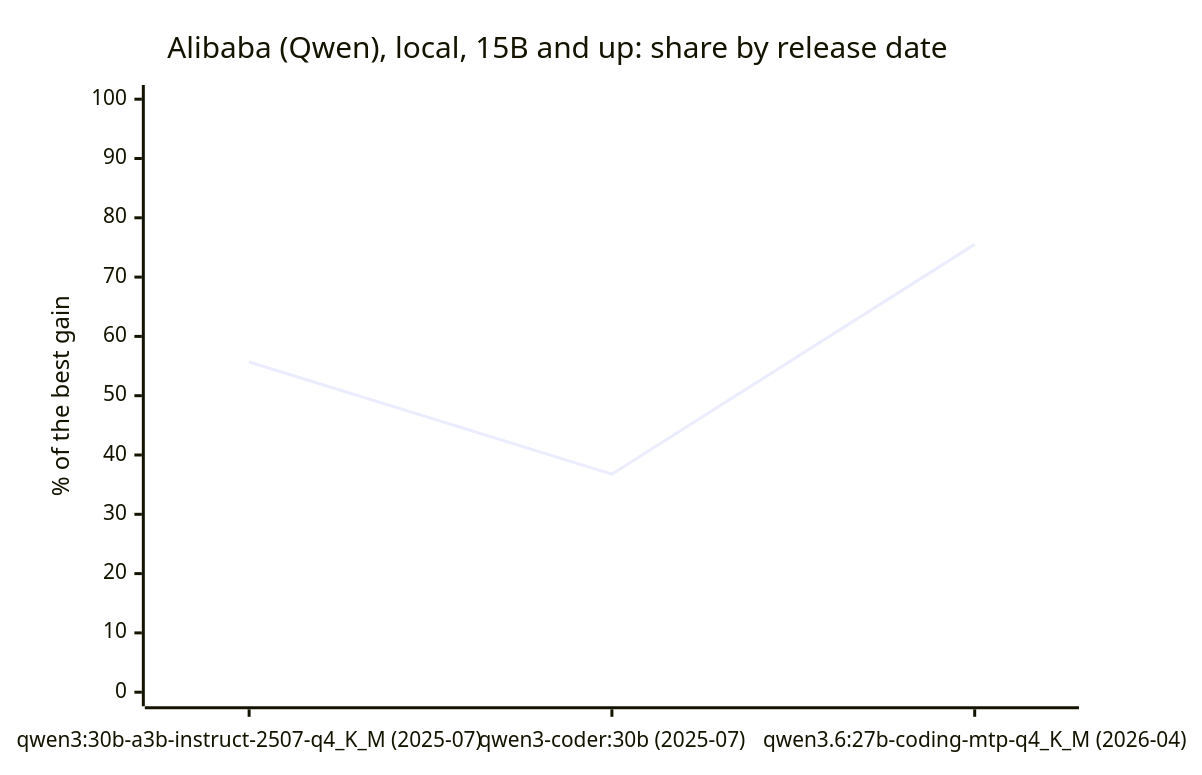
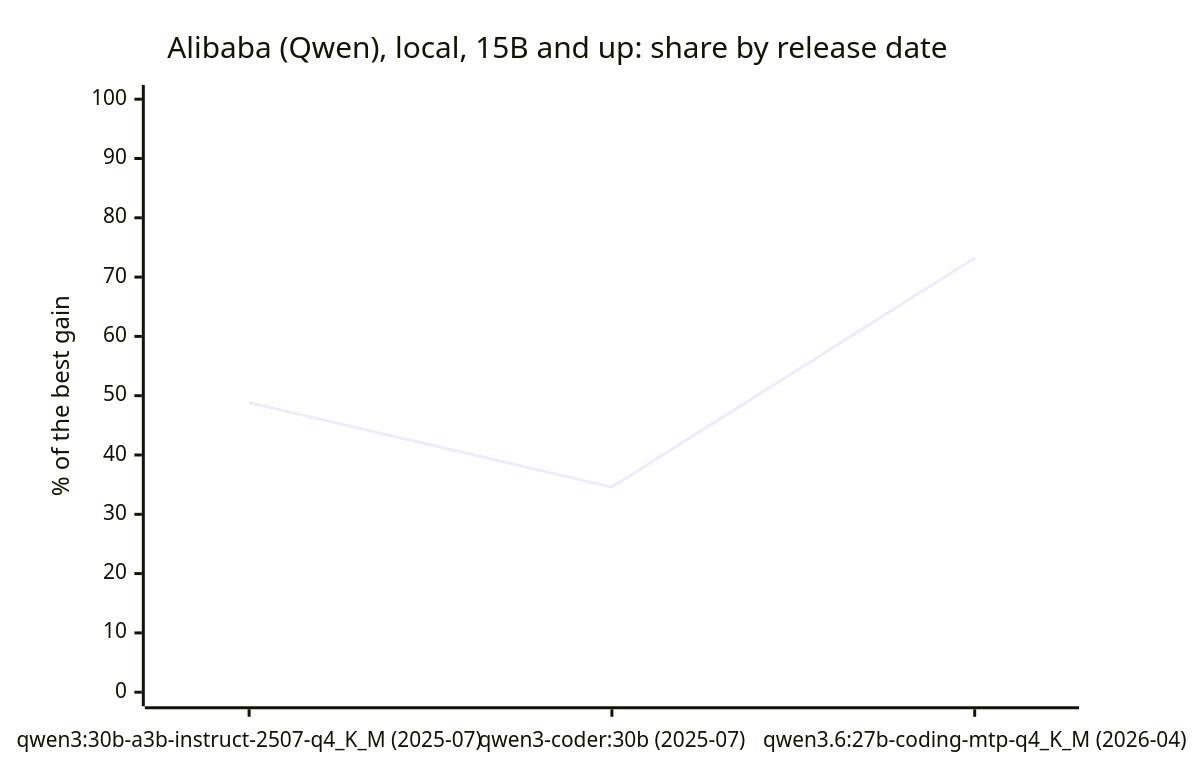
One commit to cklukas/OMEGA_TRANSFORM changed the diagram in docs/benchmarks/developers.md. Above: the diagram before and after it, drawn with Mermaid. The commit also changed other lines of this file and 103 other files, not shown here.

````diff
--- a/docs/benchmarks/developers.md
+++ b/docs/benchmarks/developers.md
@@ -94,7 +94,7 @@
 ```mermaid
 xychart-beta
     title "Alibaba (Qwen), local, 15B and up: share by release date"
     x-axis ["qwen3:30b-a3b-instruct-2507-q4_K_M (2025-07)", "qwen3-coder:30b (2025-07)", "qwen3.6:27b-coding-mtp-q4_K_M (2026-04)"]
     y-axis "% of the best gain" 0 --> 100
-    line [55.69, 36.77, 75.52]
+    line [48.83, 34.59, 73.22]
 ```
````
